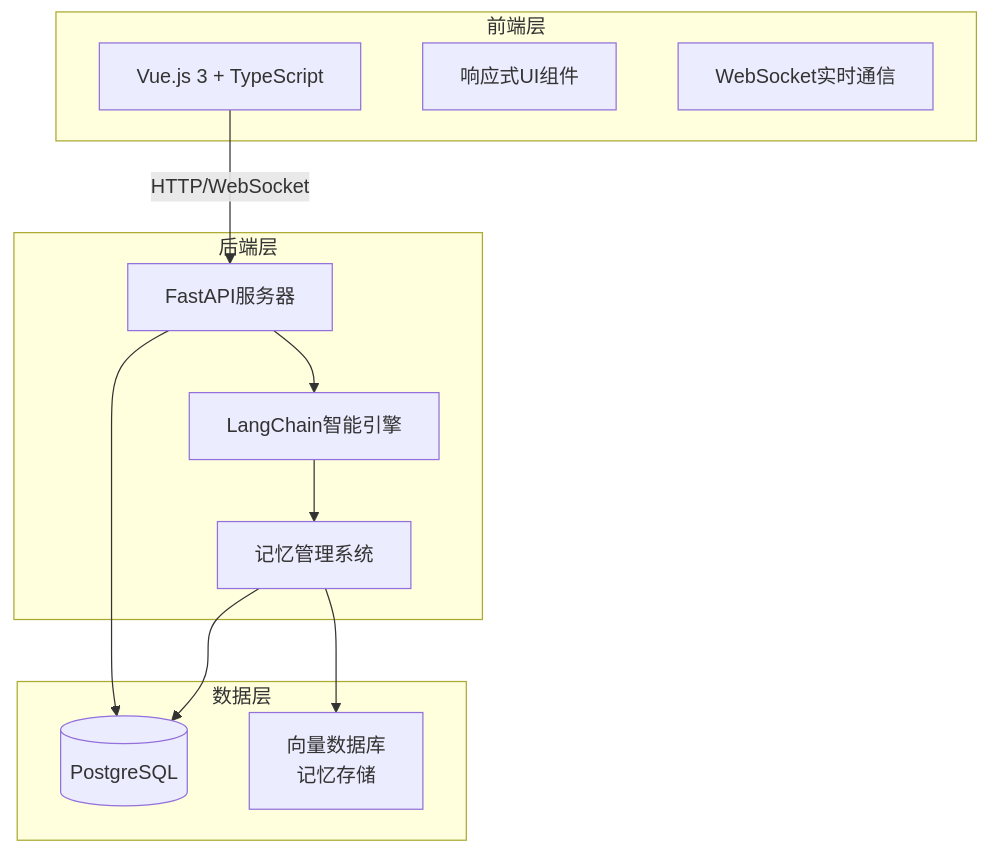
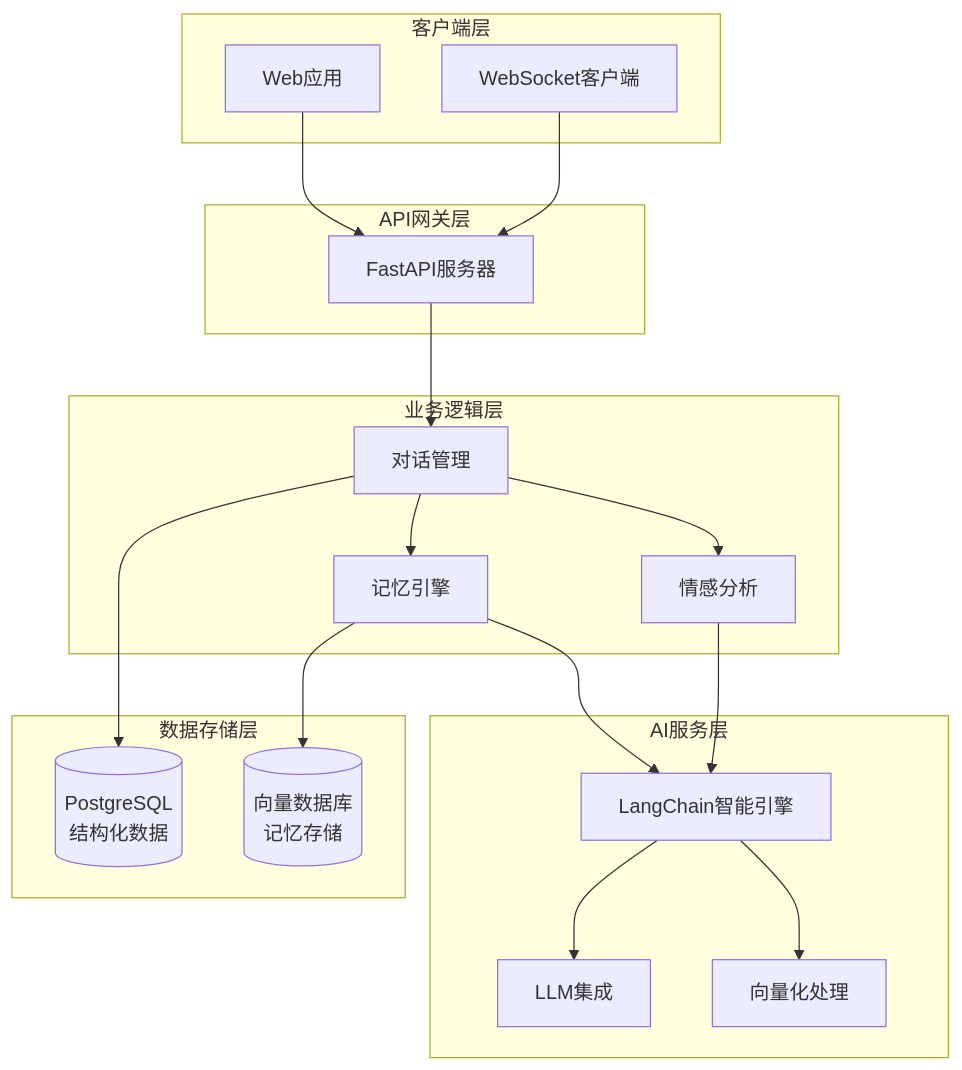
Before and after one commit to 07XYGIN/AI-GRIL-FRIEND: the diagram in readme.md, drawn with Mermaid. The commit also changed other lines of this file, not shown here.

````diff
--- a/readme.md
+++ b/readme.md
@@ -26,26 +64,45 @@
 ```mermaid
 graph TB
-    subgraph "前端层"
-        V[Vue.js 3 + TypeScript]
-        UI[响应式UI组件]
-        WS[WebSocket实时通信]
+    subgraph "客户端层"
+        A[Web应用]
+        C[WebSocket客户端]
     end
     
-    subgraph "后端层"
-        F[FastAPI服务器]
-        LC[LangChain智能引擎]
-        M[记忆管理系统]
+    subgraph "API网关层"
+        D[FastAPI服务器]
     end
     
-    subgraph "数据层"
-        PG[(PostgreSQL)]
-        VEC[向量数据库<br/>记忆存储]
+    subgraph "业务逻辑层"
+        G[对话管理]
+        H[记忆引擎]
+        I[情感分析]
     end
     
-    V -->|HTTP/WebSocket| F
-    F --> LC
-    LC --> M
-    M --> PG
-    M --> VEC
-    F --> PG
+    subgraph "AI服务层"
+        K[LangChain智能引擎]
+        L[LLM集成]
+        M[向量化处理]
+    end
+    
+    subgraph "数据存储层"
+        N[(PostgreSQL<br/>结构化数据)]
+        O[(向量数据库<br/>记忆存储)]
+    end
+    
+    
+    A --> D
+    C --> D
+    
+    D --> G
+    G --> H
+    G --> I
+    
+    H --> K
+    I --> K
+    
+    K --> L
+    K --> M
+    
+    G --> N
+    H --> O
 ```
````
